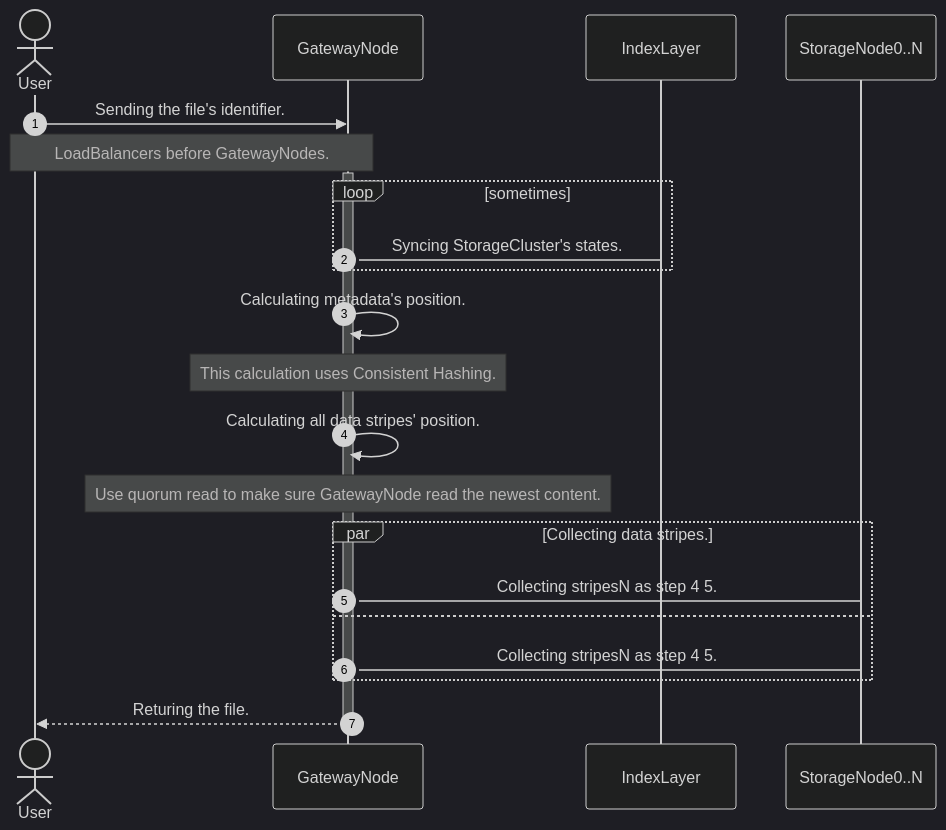
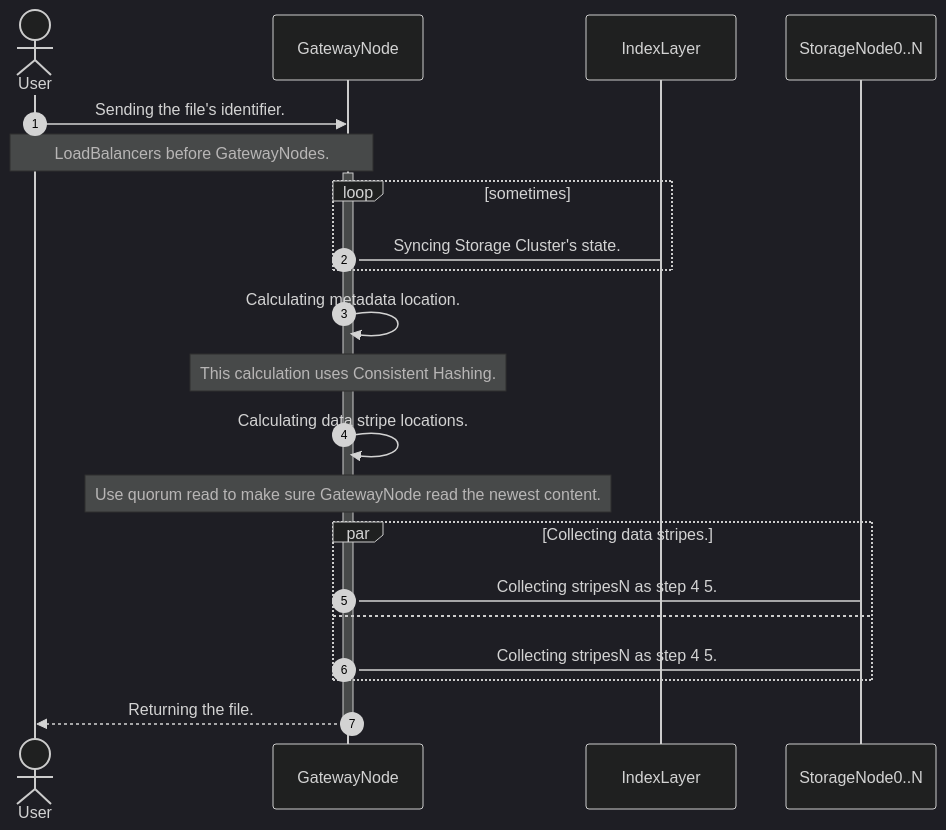
The second of 3 diagrams in README.md (emon100/HADSS), drawn with Mermaid (dark theme) before and after one commit. The commit also changed other lines of this file and 4 other files, not shown here.

````diff
--- a/README.md
+++ b/README.md
@@ -78,28 +79,28 @@
 ```mermaid
 sequenceDiagram
     autonumber
     actor User
     
     User->>GatewayNode: Sending the file's identifier.
     Note over User, GatewayNode: LoadBalancers before GatewayNodes.
     activate GatewayNode
     
     loop sometimes
-        GatewayNode->IndexLayer: Syncing StorageCluster's states.
+        GatewayNode->IndexLayer: Syncing Storage Cluster's state.
     end
     
-    GatewayNode->>GatewayNode: Calculating metadata's position. 
+    GatewayNode->>GatewayNode: Calculating metadata location.
     Note over GatewayNode, GatewayNode: This calculation uses Consistent Hashing. 
     
-    GatewayNode->>GatewayNode: Calculating all data stripes' position. 
+    GatewayNode->>GatewayNode: Calculating data stripe locations.
     
     Note over GatewayNode, GatewayNode: Use quorum read to make sure GatewayNode read the newest content. 
     par Collecting data stripes.
     GatewayNode->StorageNode0..N: Collecting stripesN as step 4 5.
     and
     GatewayNode->StorageNode0..N: Collecting stripesN as step 4 5.
     end
-    GatewayNode-->>User: Returing the file.
+    GatewayNode-->>User: Returning the file.
     deactivate GatewayNode
     
 ```
````
